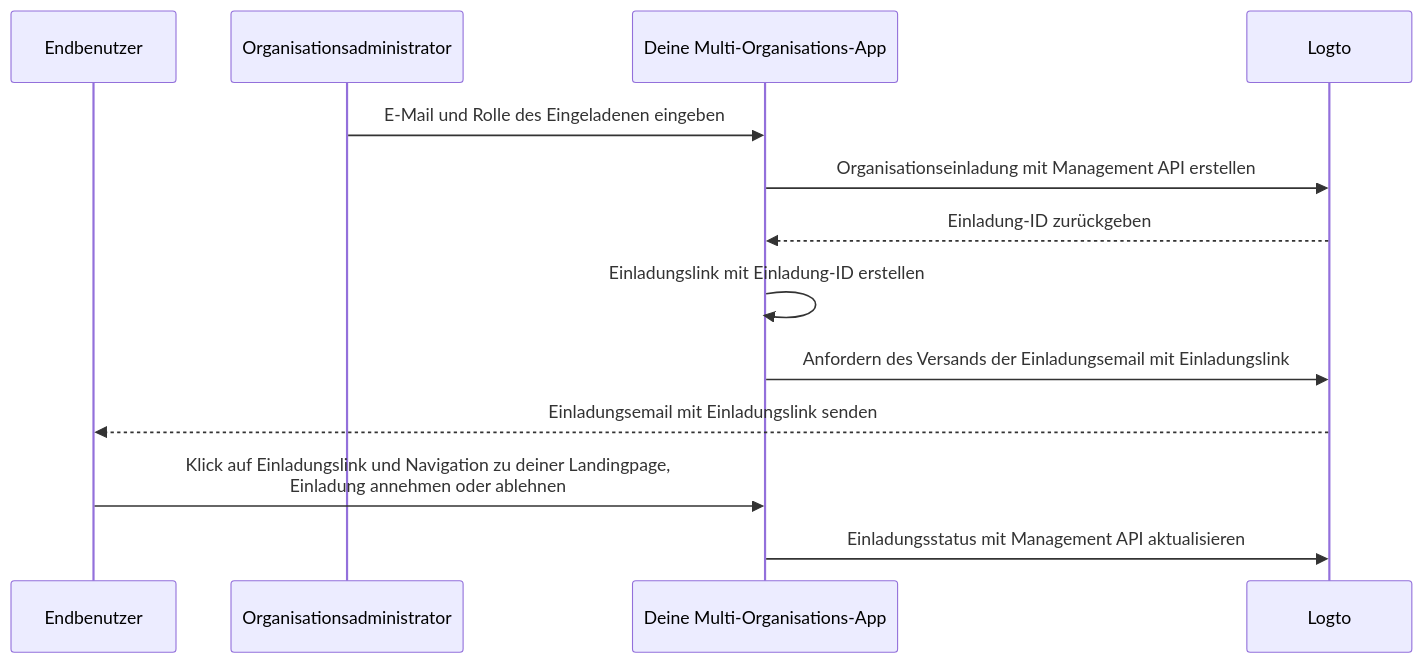
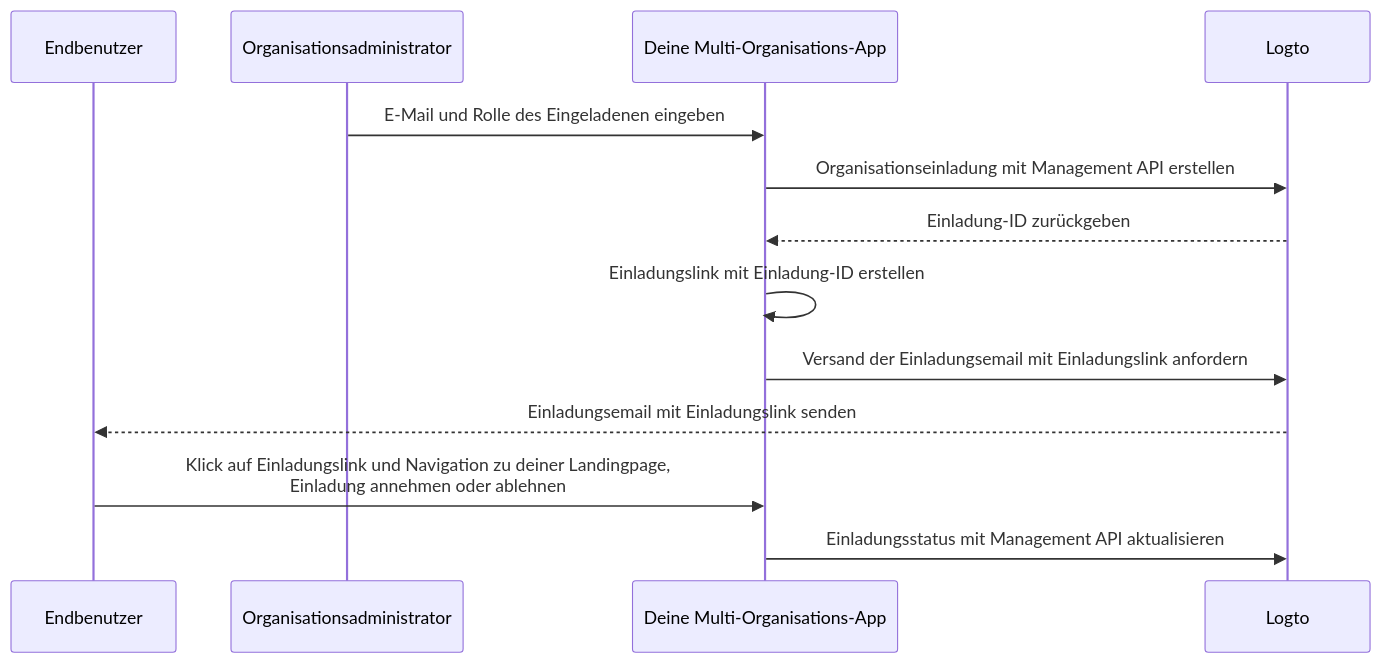
One commit to logto-io/docs changed the diagram in i18n/de/docusaurus-plugin-content-docs/current/end-user-flows/organization-experience/invite-organization-members.mdx. Above: the diagram before and after it, drawn with Mermaid. The commit also changed other lines of this file and 580 other files, not shown here.

````diff
--- a/i18n/de/docusaurus-plugin-content-docs/current/end-user-flows/organization-experience/invite-organization-members.mdx
+++ b/i18n/de/docusaurus-plugin-content-docs/current/end-user-flows/organization-experience/invite-organization-members.mdx
@@ -13,16 +13,16 @@
 ```mermaid
 sequenceDiagram
 	Participant U as Endbenutzer
   Participant A as Organisationsadministrator
   Participant C as Deine Multi-Organisations-App
 	Participant L as Logto
 
   A ->> C: E-Mail und Rolle des Eingeladenen eingeben
   C ->> L: Organisationseinladung mit Management API erstellen
   L -->> C: Einladung-ID zurückgeben
   C ->> C: Einladungslink mit Einladung-ID erstellen
-  C ->> L: Anfordern des Versands der Einladungsemail mit Einladungslink
+  C ->> L: Versand der Einladungsemail mit Einladungslink anfordern
   L -->> U: Einladungsemail mit Einladungslink senden
   U ->> C: Klick auf Einladungslink und Navigation zu deiner Landingpage,<br /> Einladung annehmen oder ablehnen
   C ->> L: Einladungsstatus mit Management API aktualisieren
 ```
````
